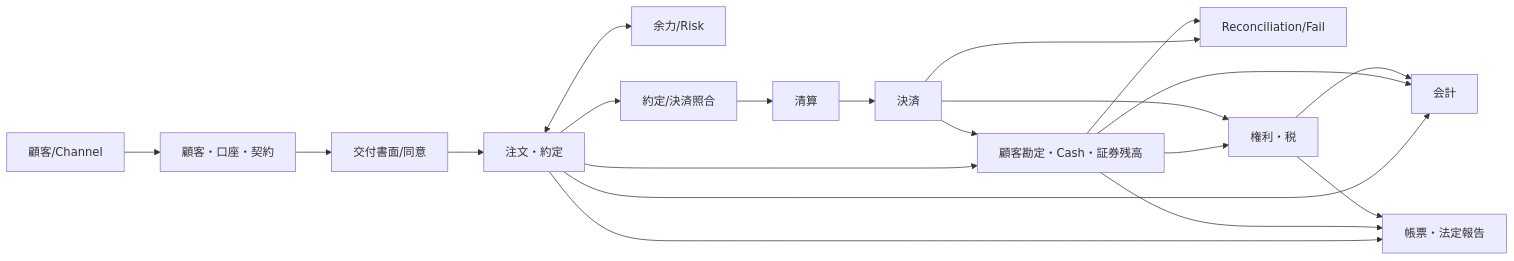
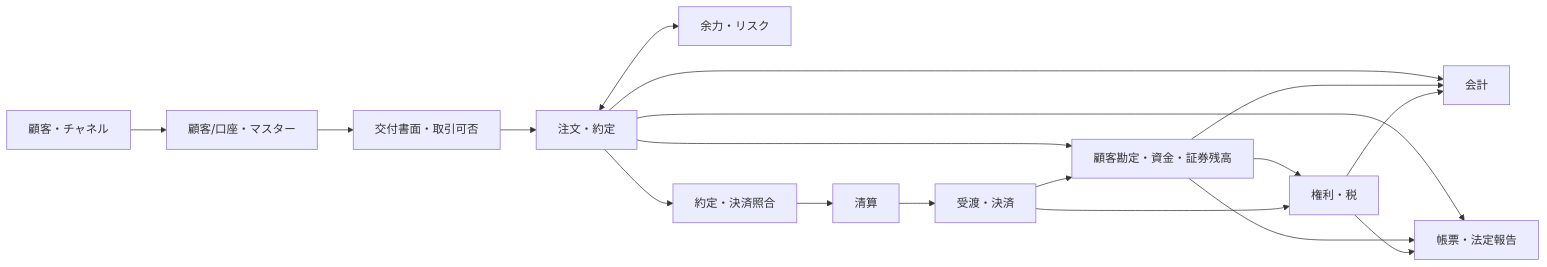
One commit to skyTreeCN/jp-securitie-skills changed the second of 3 diagrams in docs/10-設計文書/01-全体設計/システム全体構成図.md. Above: the diagram before and after it, drawn with Mermaid. The commit also changed other lines of this file, not shown here.

Commit message:
システム全体構成図を設計内容のみに整理

````diff
--- a/docs/10-設計文書/01-全体設計/システム全体構成図.md
+++ b/docs/10-設計文書/01-全体設計/システム全体構成図.md
@@ -88,31 +74,28 @@
 ```mermaid
 flowchart LR
-  C[顧客/Channel]
-  M[顧客・口座・契約]
-  D[交付書面/同意]
+  C[顧客・チャネル]
+  M[顧客/口座・マスター]
+  D[交付書面・取引可否]
   O[注文・約定]
-  R[余力/Risk]
-  L[顧客勘定・Cash・証券残高]
-  MT[約定/決済照合]
+  R[余力・リスク]
+  L[顧客勘定・資金・証券残高]
+  MT[約定・決済照合]
   CL[清算]
-  ST[決済]
-  RC[Reconciliation/Fail]
+  ST[受渡・決済]
   CT[権利・税]
   AC[会計]
   RP[帳票・法定報告]
 
   C --> M --> D --> O
   O <--> R
   O --> L
   O --> MT --> CL --> ST --> L
-  ST --> RC
-  L --> RC
   L --> CT
   ST --> CT
   O --> AC
   L --> AC
   CT --> AC
   O --> RP
   L --> RP
   CT --> RP
 ```
````
